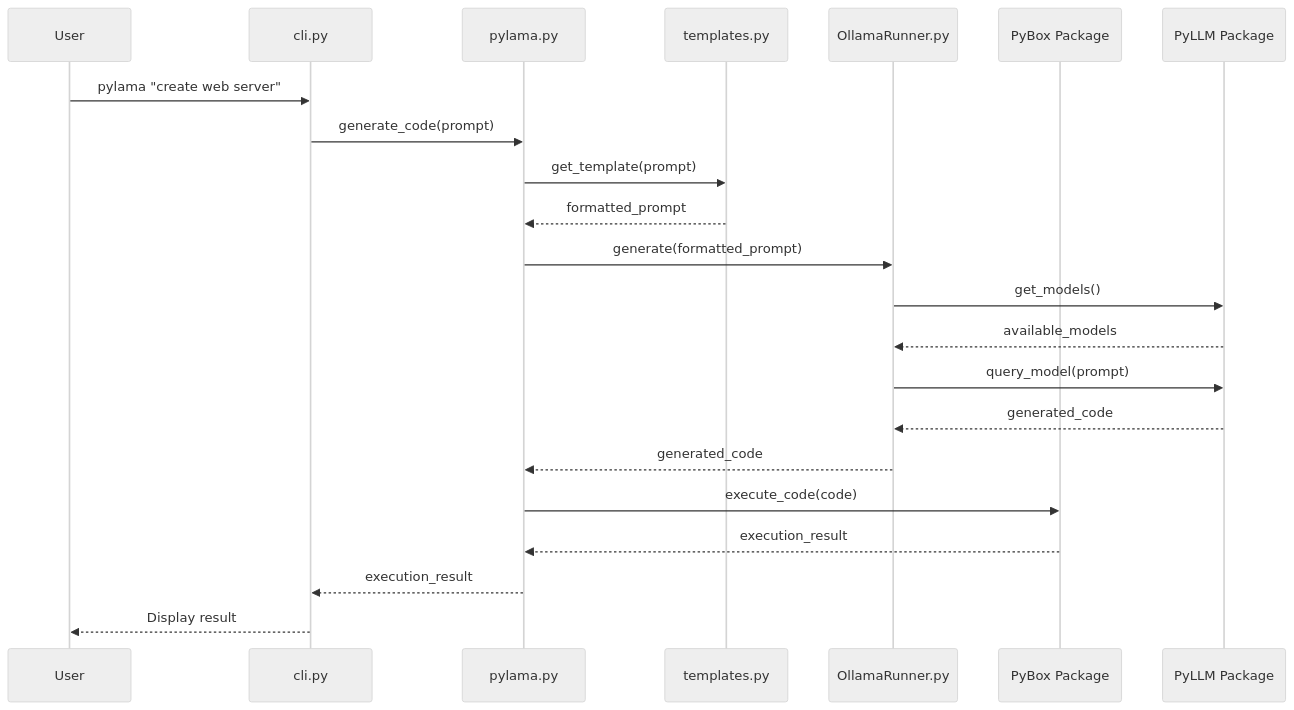
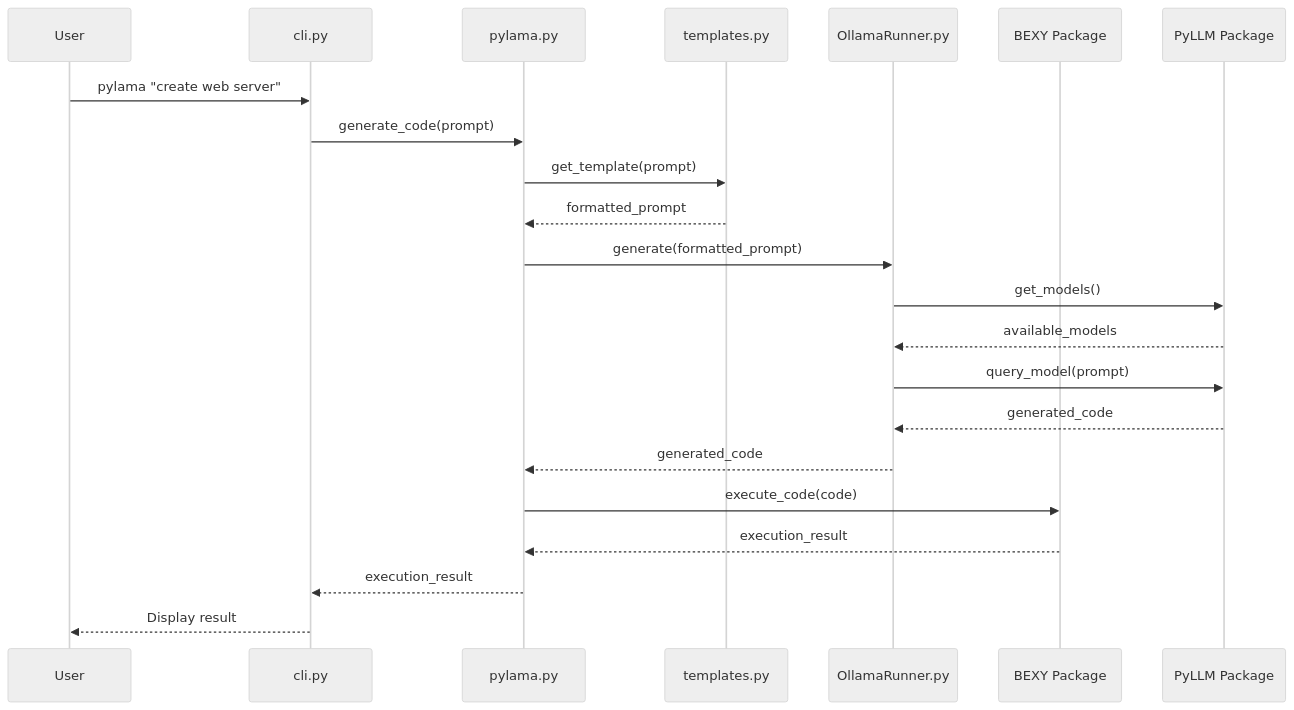
The second of 3 diagrams in README.md (py-lama/devlama), drawn with Mermaid (neutral theme) before and after one commit. The commit also changed other lines of this file and 21 other files, not shown here.

````diff
--- a/README.md
+++ b/README.md
@@ -750,25 +750,25 @@
 ```mermaid
 sequenceDiagram
     participant User
     participant CLI as cli.py
     participant Core as pylama.py
     participant Templates as templates.py
     participant Ollama as OllamaRunner.py
-    participant PyBox as PyBox Package
+    participant BEXY as BEXY Package
     participant PyLLM as PyLLM Package
     
     User->>CLI: pylama "create web server"
     CLI->>Core: generate_code(prompt)
     Core->>Templates: get_template(prompt)
     Templates-->>Core: formatted_prompt
     Core->>Ollama: generate(formatted_prompt)
     Ollama->>PyLLM: get_models()
     PyLLM-->>Ollama: available_models
     Ollama->>PyLLM: query_model(prompt)
     PyLLM-->>Ollama: generated_code
     Ollama-->>Core: generated_code
-    Core->>PyBox: execute_code(code)
-    PyBox-->>Core: execution_result
+    Core->>BEXY: execute_code(code)
+    BEXY-->>Core: execution_result
     Core-->>CLI: execution_result
     CLI-->>User: Display result
 ```
````
